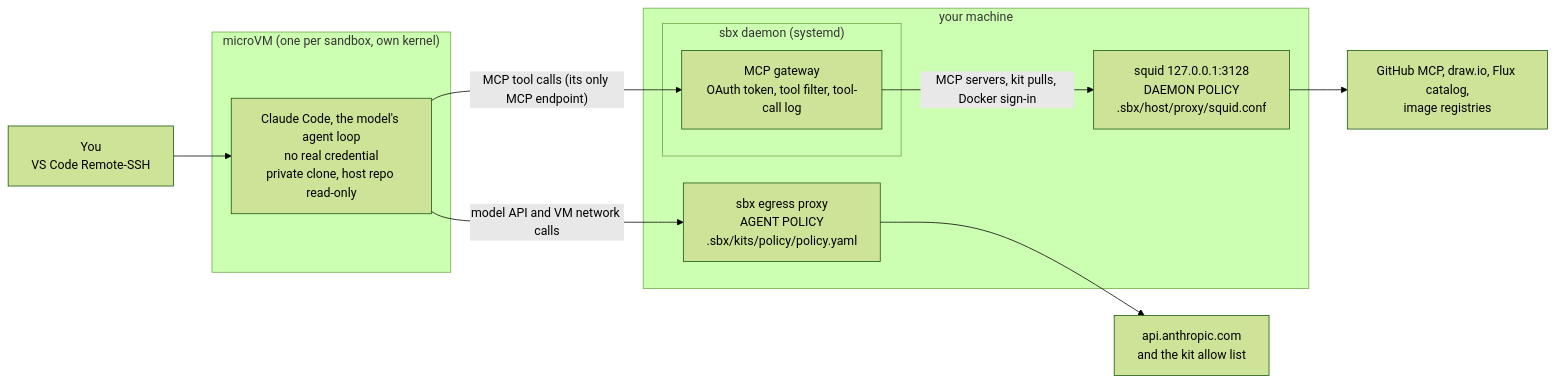
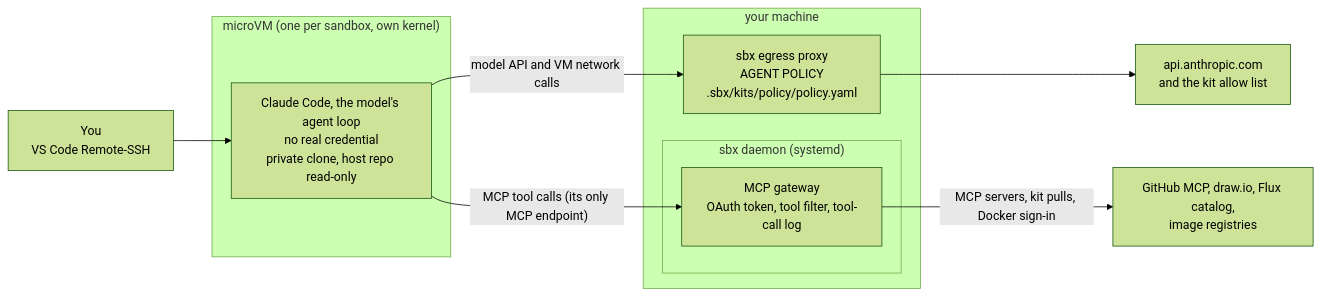
Before and after one commit to raghav19/engineersdaybook: the first of 3 diagrams in code/agent-sandbox/README.md, drawn with Mermaid (forest theme). The commit also changed other lines of this file and 20 other files, not shown here.

First line of the commit message:
Chain sbx setup, drop squid, add one README

````diff
--- a/code/agent-sandbox/README.md
+++ b/code/agent-sandbox/README.md
@@ -59,20 +58,19 @@
 ```mermaid
 flowchart LR
     you["You<br/>VS Code Remote-SSH"]
     subgraph vm["microVM (one per sandbox, own kernel)"]
         agent["Claude Code, the model's agent loop<br/>no real credential<br/>private clone, host repo read-only"]
     end
     subgraph host["your machine"]
         egress["sbx egress proxy<br/>AGENT POLICY<br/>.sbx/kits/policy/policy.yaml"]
         subgraph daemon["sbx daemon (systemd)"]
             gw["MCP gateway<br/>OAuth token, tool filter, tool-call log"]
         end
-        squid["squid 127.0.0.1:3128<br/>DAEMON POLICY<br/>.sbx/host/proxy/squid.conf"]
     end
     model["api.anthropic.com<br/>and the kit allow list"]
     mcp["GitHub MCP, draw.io, Flux catalog,<br/>image registries"]
     you --> agent
     agent -- "model API and VM network calls" --> egress --> model
     agent -- "MCP tool calls (its only MCP endpoint)" --> gw
-    gw -- "MCP servers, kit pulls, Docker sign-in" --> squid --> mcp
+    gw -- "MCP servers, kit pulls, Docker sign-in" --> mcp
 ```
````
